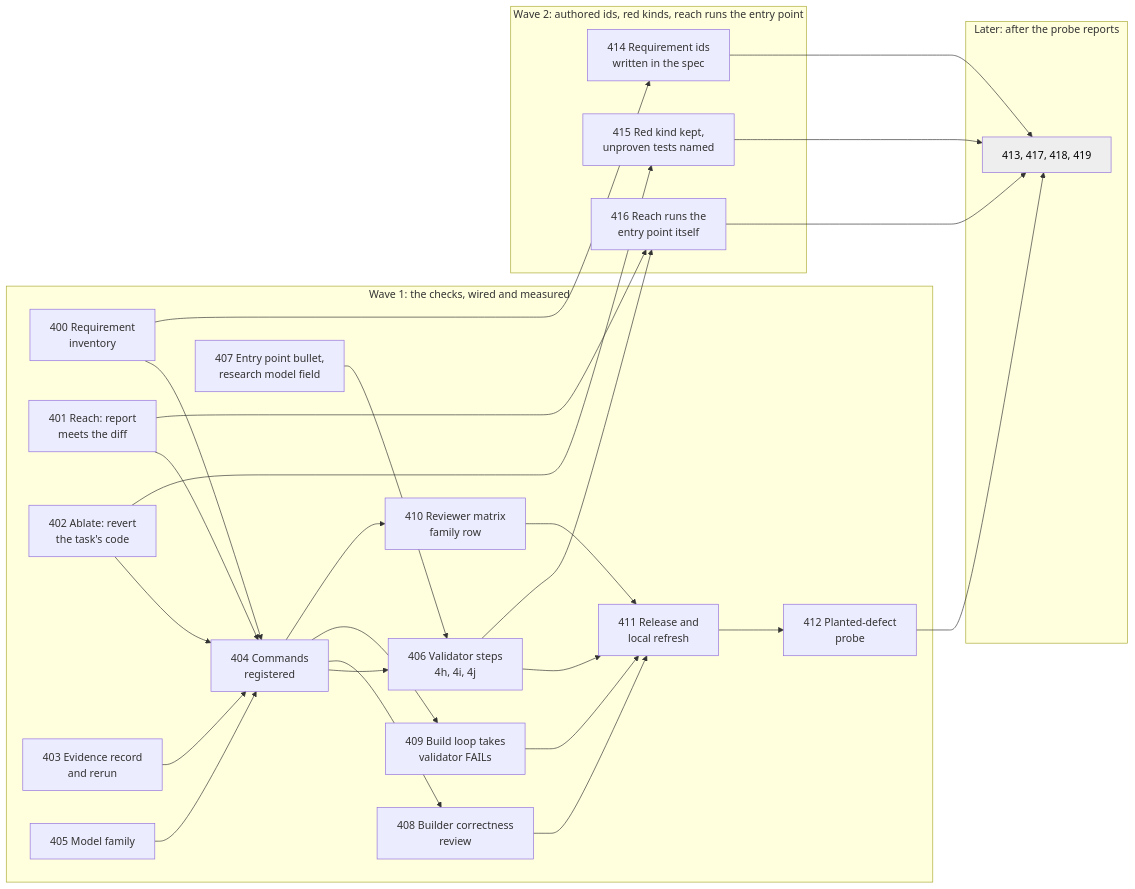
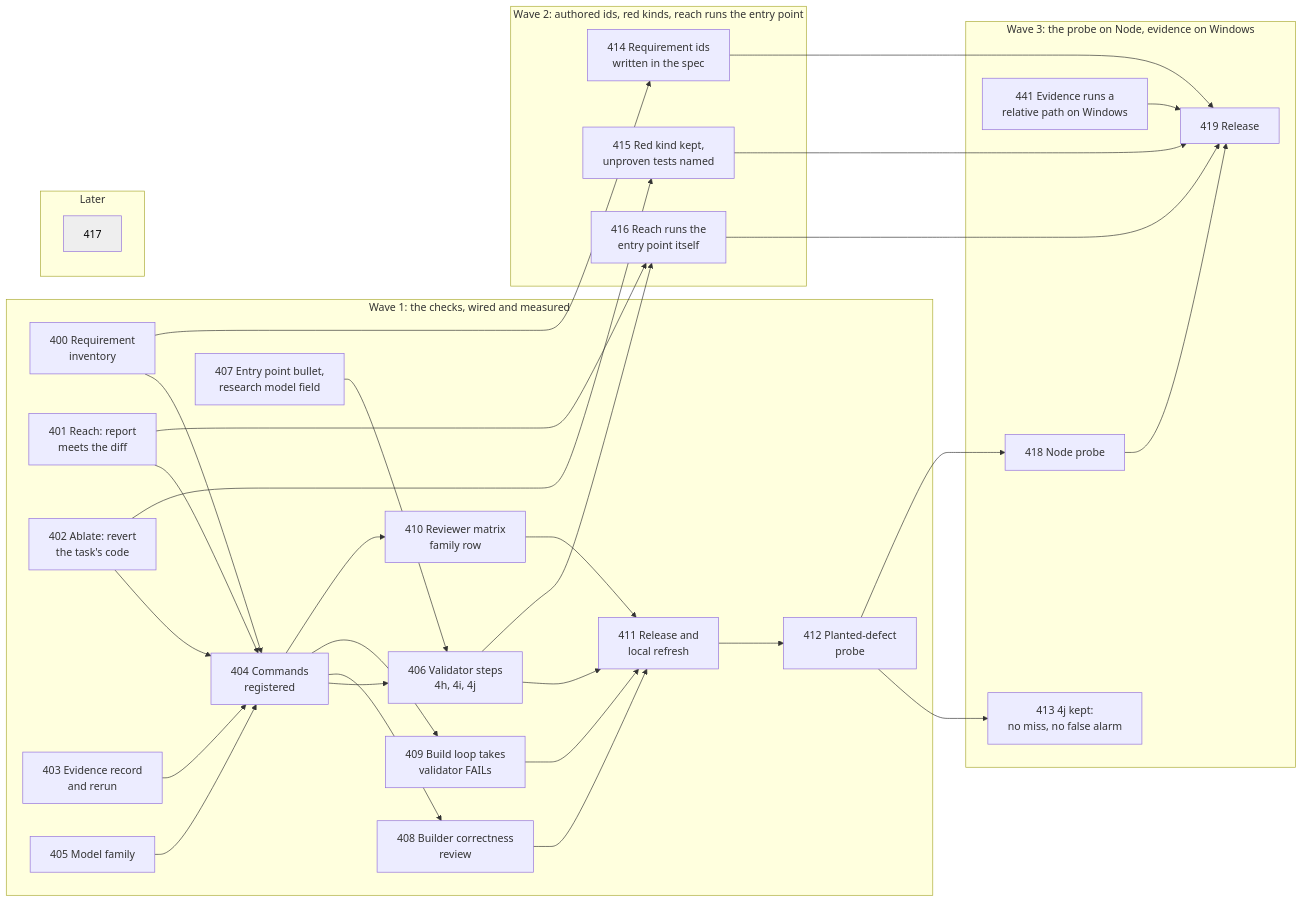
One commit to hodor/claude-compass changed the diagram in .compass/plans/PLAN-036-verification-beyond-test-pass.md. Above: the diagram before and after it, drawn with Mermaid. The commit also changed other lines of this file and 4 other files, not shown here.

First line of the commit message:
Record the planted-defect probe and detail Wave 3

````diff
--- a/.compass/plans/PLAN-036-verification-beyond-test-pass.md
+++ b/.compass/plans/PLAN-036-verification-beyond-test-pass.md
@@ -20,36 +20,43 @@
 ```mermaid
 flowchart LR
   subgraph W1["Wave 1: the checks, wired and measured"]
     T400["400 Requirement<br/>inventory"]
     T401["401 Reach: report<br/>meets the diff"]
     T402["402 Ablate: revert<br/>the task's code"]
     T403["403 Evidence record<br/>and rerun"]
     T404["404 Commands<br/>registered"]
     T405["405 Model family"]
     T406["406 Validator steps<br/>4h, 4i, 4j"]
     T407["407 Entry point bullet,<br/>research model field"]
     T408["408 Builder correctness<br/>review"]
     T409["409 Build loop takes<br/>validator FAILs"]
     T410["410 Reviewer matrix<br/>family row"]
     T411["411 Release and<br/>local refresh"]
     T412["412 Planted-defect<br/>probe"]
   end
   subgraph W2["Wave 2: authored ids, red kinds, reach runs the entry point"]
     T414["414 Requirement ids<br/>written in the spec"]
     T415["415 Red kind kept,<br/>unproven tests named"]
     T416["416 Reach runs the<br/>entry point itself"]
   end
-  subgraph LT["Later: after the probe reports"]
-    L["413, 417, 418, 419"]:::later
+  subgraph W3["Wave 3: the probe on Node, evidence on Windows"]
+    T413["413 4j kept:<br/>no miss, no false alarm"]
+    T441["441 Evidence runs a<br/>relative path on Windows"]
+    T418["418 Node probe"]
+    T419["419 Release"]
+  end
+  subgraph LT["Later"]
+    L["417"]:::later
   end
   T400 & T401 & T402 & T403 --> T404
   T405 --> T404
   T404 --> T406 & T408 & T409 & T410
   T407 --> T406
-  T406 & T408 & T409 & T410 --> T411 --> T412 --> L
+  T406 & T408 & T409 & T410 --> T411 --> T412 --> T413 & T418
+  T441 & T418 --> T419
   T400 --> T414
   T402 --> T415
   T401 & T406 --> T416
-  T414 & T415 & T416 --> L
+  T414 & T415 & T416 --> T419
   classDef later fill:#eee,color:#000
 ```
````
